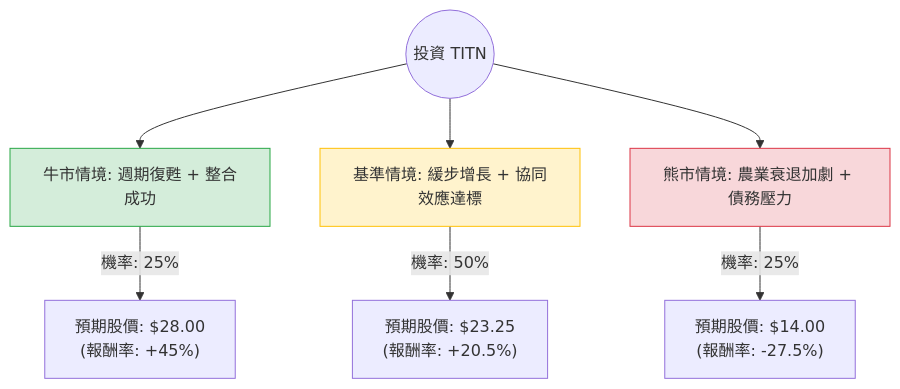
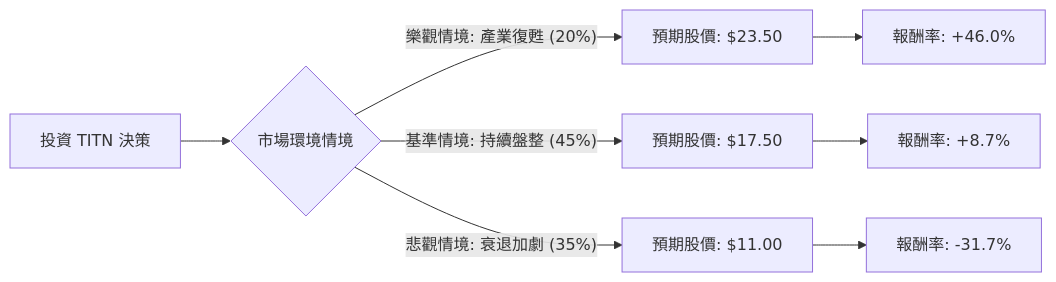
One commit to zmcx16/zmcx16.github.io changed the diagram in plugin-react/ai-analysis/ev-analysis/TITN.md. Above: the diagram before and after it, drawn with Mermaid. The commit also changed other lines of this file and 75 other files, not shown here.

````diff
--- a/plugin-react/ai-analysis/ev-analysis/TITN.md
+++ b/plugin-react/ai-analysis/ev-analysis/TITN.md
@@ -20,14 +19,12 @@
 ```mermaid
-graph TD
-    Start((投資 TITN)) --> Bull[牛市情境: 週期復甦 + 整合成功]
-    Start --> Base[基準情境: 緩步增長 + 協同效應達標]
-    Start --> Bear[熊市情境: 農業衰退加劇 + 債務壓力]
+graph LR
+    A[投資 TITN 決策] --> B{市場環境情境}
+    
+    B -- 樂觀情境: 產業復甦 (20%) --> C[預期股價: $23.50]
+    B -- 基準情境: 持續盤整 (45%) --> D[預期股價: $17.50]
+    B -- 悲觀情境: 衰退加劇 (35%) --> E[預期股價: $11.00]
 
-    Bull -- "機率: 25%" --> BullVal["預期股價: $28.00 <br/> (報酬率: +45%)"]
-    Base -- "機率: 50%" --> BaseVal["預期股價: $23.25 <br/> (報酬率: +20.5%)"]
-    Bear -- "機率: 25%" --> BearVal["預期股價: $14.00 <br/> (報酬率: -27.5%)"]
-
-    style Bull fill:#d4edda,stroke:#28a745
-    style Base fill:#fff3cd,stroke:#ffc107
-    style Bear fill:#f8d7da,stroke:#dc3545
+    C --> C1[報酬率: +46.0%]
+    D --> D1[報酬率: +8.7%]
+    E --> E1[報酬率: -31.7%]
 ```
````
